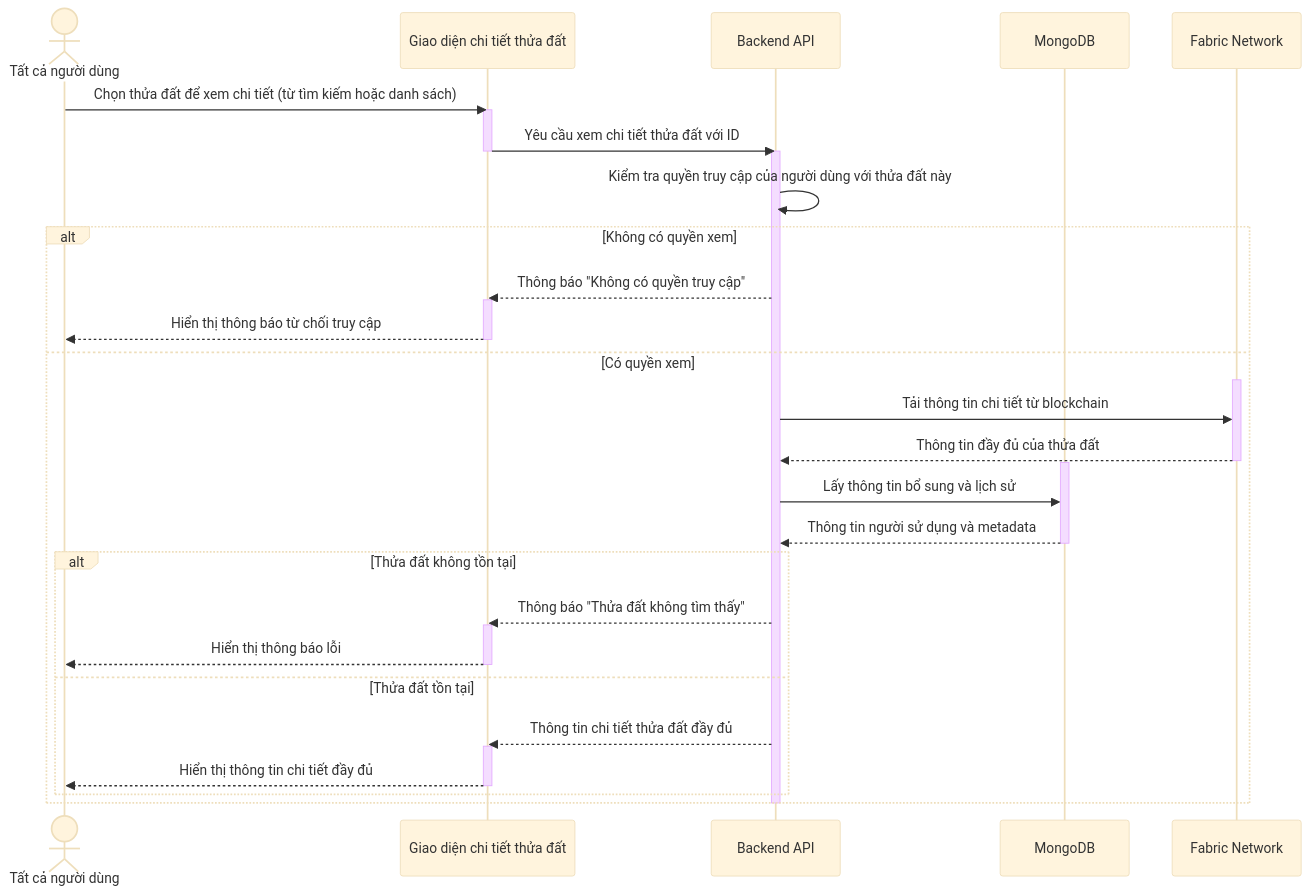
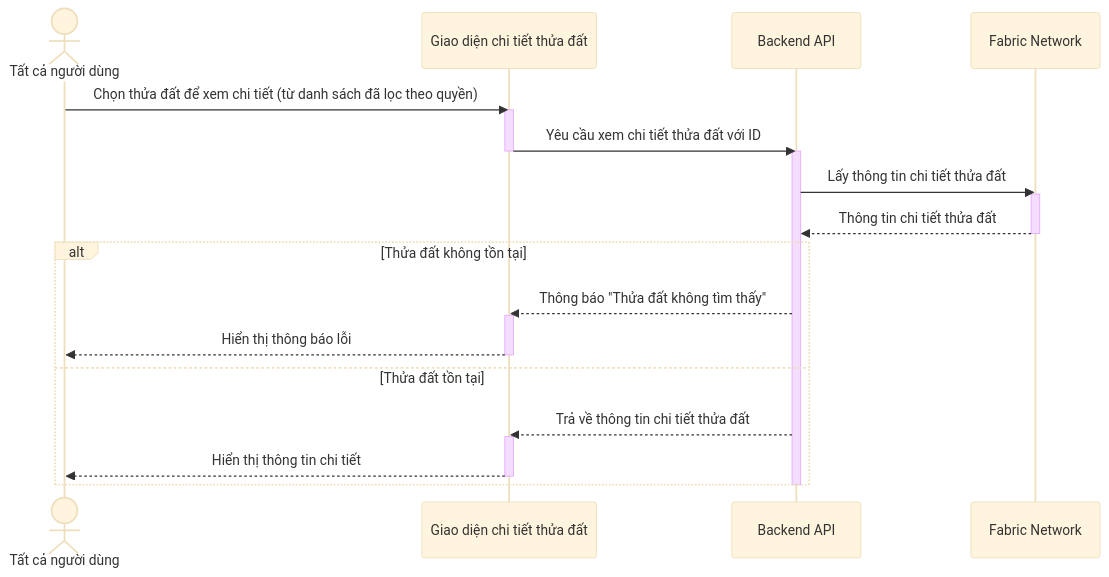
Before and after one commit to Thienpkae/DATN: diagram 12 of 39 in Complete_Use_Case_Sequence_Diagrams.md, drawn with Mermaid (base theme). The commit also changed other lines of this file and 50 other files, not shown here.

````diff
--- a/Complete_Use_Case_Sequence_Diagrams.md
+++ b/Complete_Use_Case_Sequence_Diagrams.md
@@ -1041,47 +875,33 @@
 ```mermaid
 sequenceDiagram
     actor User as Tất cả người dùng
     participant UI as Giao diện chi tiết thửa đất
     participant API as Backend API
-    participant DB as MongoDB
     participant Blockchain as Fabric Network
 
-    User ->> UI: Chọn thửa đất để xem chi tiết (từ tìm kiếm hoặc danh sách)
+    User ->> UI: Chọn thửa đất để xem chi tiết (từ danh sách đã lọc theo quyền)
     activate UI
     UI ->> API: Yêu cầu xem chi tiết thửa đất với ID
     deactivate UI
 
     activate API
-    API ->> API: Kiểm tra quyền truy cập của người dùng với thửa đất này
+    API ->> Blockchain: Lấy thông tin chi tiết thửa đất
+    activate Blockchain
+    Blockchain -->> API: Thông tin chi tiết thửa đất
+    deactivate Blockchain
 
-    alt Không có quyền xem
-        API -->> UI: Thông báo "Không có quyền truy cập"
+    alt Thửa đất không tồn tại
+        API -->> UI: Thông báo "Thửa đất không tìm thấy"
         activate UI
-        UI -->> User: Hiển thị thông báo từ chối truy cập
+        UI -->> User: Hiển thị thông báo lỗi
         deactivate UI
-    else Có quyền xem
-        activate Blockchain
-        API ->> Blockchain: Tải thông tin chi tiết từ blockchain
-        Blockchain -->> API: Thông tin đầy đủ của thửa đất
-        deactivate Blockchain
-
-        activate DB
-        API ->> DB: Lấy thông tin bổ sung và lịch sử
-        DB -->> API: Thông tin người sử dụng và metadata
-        deactivate DB
-
-        alt Thửa đất không tồn tại
-            API -->> UI: Thông báo "Thửa đất không tìm thấy"
-            activate UI
-            UI -->> User: Hiển thị thông báo lỗi
-            deactivate UI
-        else Thửa đất tồn tại
-            API -->> UI: Thông tin chi tiết thửa đất đầy đủ
-            activate UI
-            UI -->> User: Hiển thị thông tin chi tiết đầy đủ
-            deactivate UI
-        end
+    else Thửa đất tồn tại
+        API -->> UI: Trả về thông tin chi tiết thửa đất
+        activate UI
+        UI -->> User: Hiển thị thông tin chi tiết
+        deactivate UI
     end
 
     deactivate API
+
 ```
````
